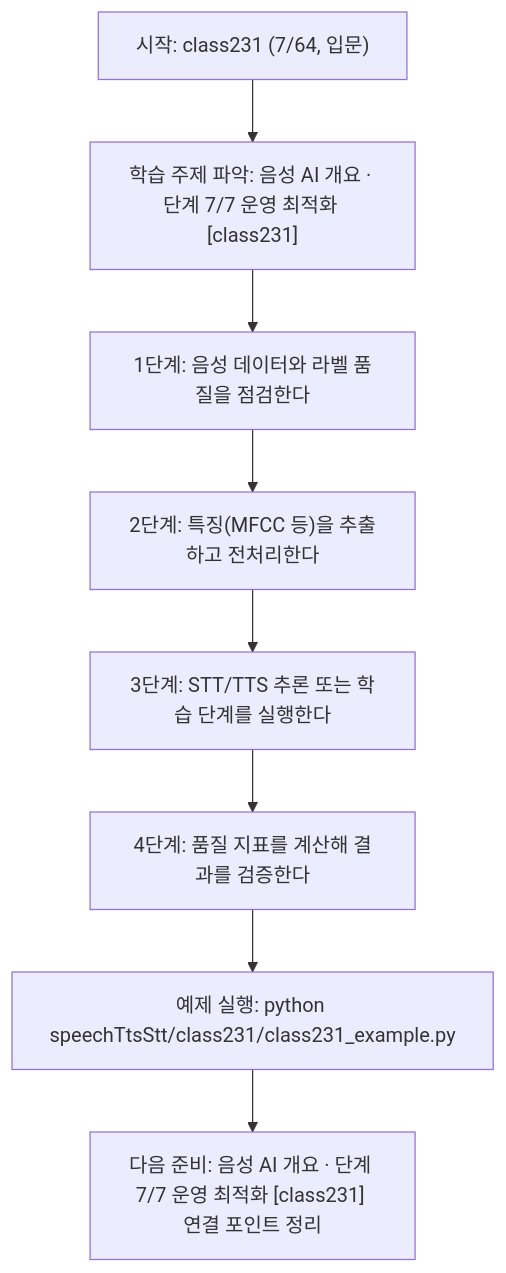
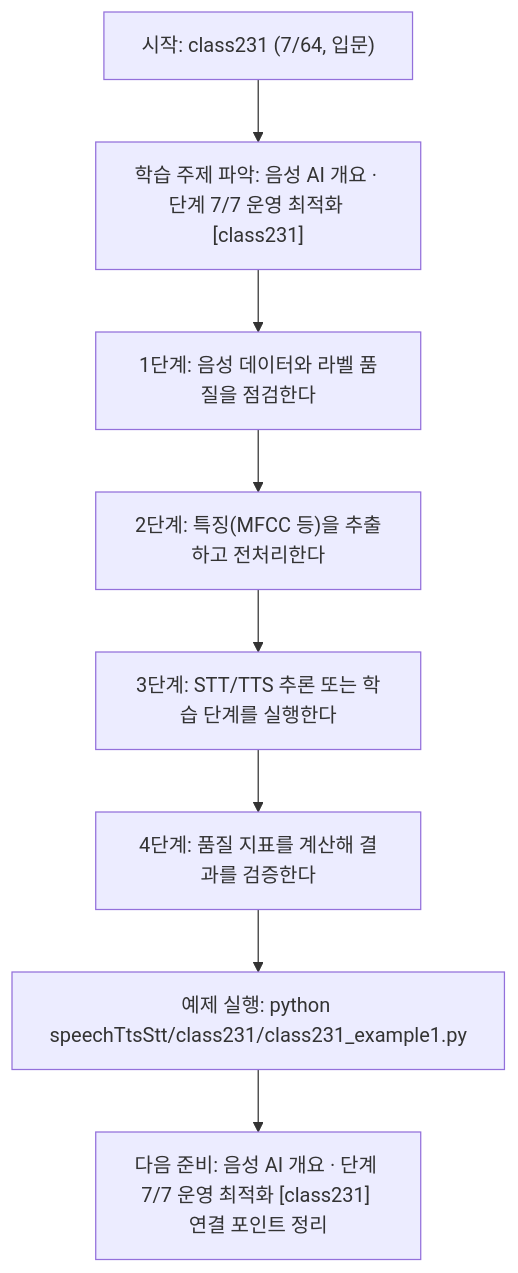
One commit to edumgt/Python-AI_Agent-Class changed the diagram in speechTtsStt/class231/class231.md. Above: the diagram before and after it, drawn with Mermaid. The commit also changed other lines of this file and 2959 other files, not shown here.

````diff
--- a/speechTtsStt/class231/class231.md
+++ b/speechTtsStt/class231/class231.md
@@ -114,18 +114,18 @@
 ```mermaid
 flowchart TD
 N1["시작: class231 (7/64, 입문)"]
 N2["학습 주제 파악: 음성 AI 개요 · 단계 7/7 운영 최적화 [class231]"]
 N3["1단계: 음성 데이터와 라벨 품질을 점검한다"]
 N4["2단계: 특징(MFCC 등)을 추출하고 전처리한다"]
 N5["3단계: STT/TTS 추론 또는 학습 단계를 실행한다"]
 N6["4단계: 품질 지표를 계산해 결과를 검증한다"]
-N7["예제 실행: python speechTtsStt/class231/class231_example.py"]
+N7["예제 실행: python speechTtsStt/class231/class231_example1.py"]
 N8["다음 준비: 음성 AI 개요 · 단계 7/7 운영 최적화 [class231] 연결 포인트 정리"]
 N1 --> N2
 N2 --> N3
 N3 --> N4
 N4 --> N5
 N5 --> N6
 N6 --> N7
 N7 --> N8
 ```
````
